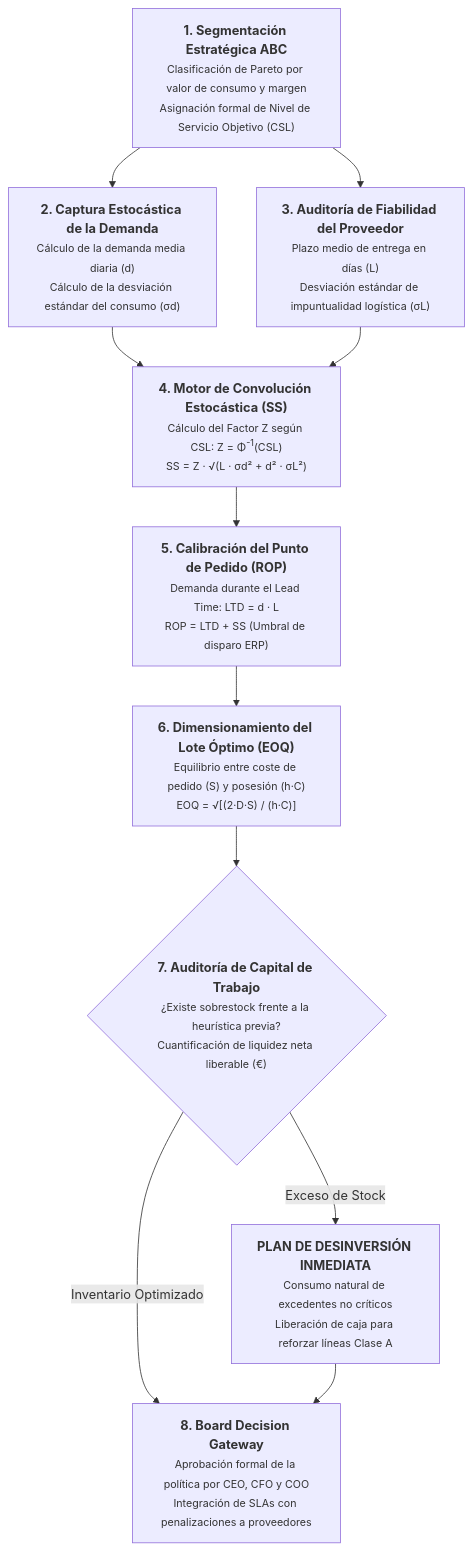
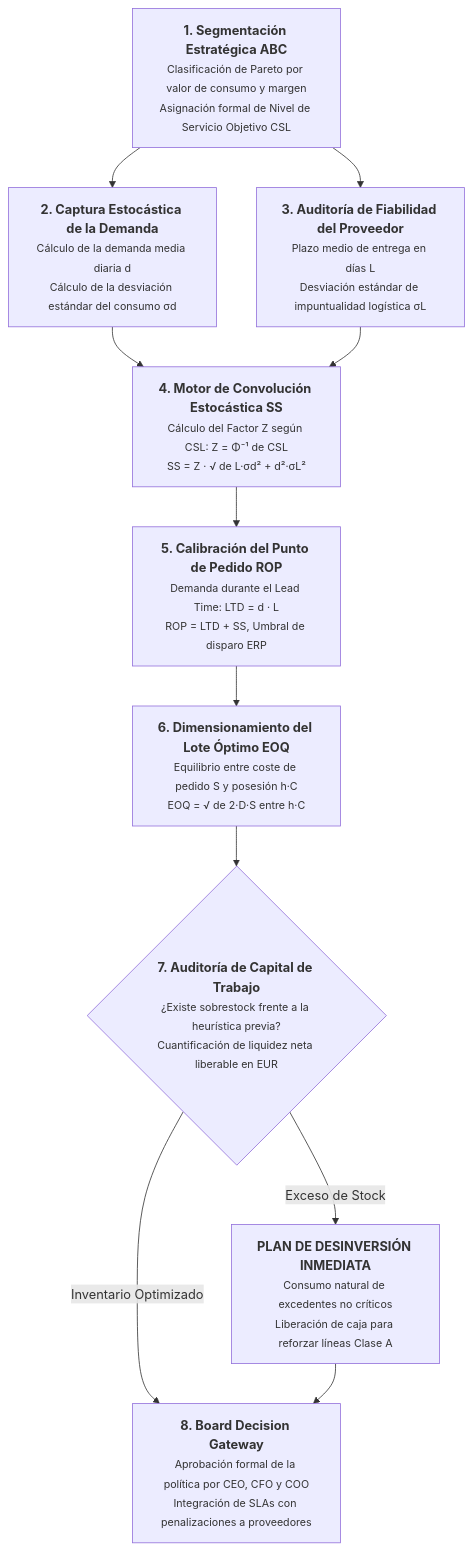
The second of 3 diagrams in content/es/posts/calculadora-stock-seguridad-rop/index.md (Dalaez/datalaria-website), drawn with Mermaid before and after one commit. The commit also changed other lines of this file and 14 other files, not shown here.

Commit message:
feat(content): stage Safety Stock & ROP launch (2026-11-26) with Brevo waves & Suite 03 cross-links

```diff
--- a/content/es/posts/calculadora-stock-seguridad-rop/index.md
+++ b/content/es/posts/calculadora-stock-seguridad-rop/index.md
@@ -39,31 +137,31 @@
 {{< mermaid >}}
 flowchart TD
-    A["<b>1. Segmentación Estratégica ABC</b><br/><small>Clasificación de Pareto por valor de consumo y margen<br/>Asignación formal de Nivel de Servicio Objetivo (CSL)</small>"]
+    A["<b>1. Segmentación Estratégica ABC</b><br/><small>Clasificación de Pareto por valor de consumo y margen<br/>Asignación formal de Nivel de Servicio Objetivo CSL</small>"]
     
-    B["<b>2. Captura Estocástica de la Demanda</b><br/><small>Cálculo de la demanda media diaria (d)<br/>Cálculo de la desviación estándar del consumo (σd)</small>"]
+    B["<b>2. Captura Estocástica de la Demanda</b><br/><small>Cálculo de la demanda media diaria d<br/>Cálculo de la desviación estándar del consumo σd</small>"]
     
-    C["<b>3. Auditoría de Fiabilidad del Proveedor</b><br/><small>Plazo medio de entrega en días (L)<br/>Desviación estándar de impuntualidad logística (σL)</small>"]
+    C["<b>3. Auditoría de Fiabilidad del Proveedor</b><br/><small>Plazo medio de entrega en días L<br/>Desviación estándar de impuntualidad logística σL</small>"]
     
-    D["<b>4. Motor de Convolución Estocástica (SS)</b><br/><small>Cálculo del Factor Z según CSL: Z = Φ<sup>-1</sup>(CSL)<br/>SS = Z · √(L · σd² + d² · σL²)</small>"]
+    D["<b>4. Motor de Convolución Estocástica SS</b><br/><small>Cálculo del Factor Z según CSL: Z = Φ⁻¹ de CSL<br/>SS = Z · √ de L·σd² + d²·σL²</small>"]
     
-    E["<b>5. Calibración del Punto de Pedido (ROP)</b><br/><small>Demanda durante el Lead Time: LTD = d · L<br/>ROP = LTD + SS (Umbral de disparo ERP)</small>"]
+    E["<b>5. Calibración del Punto de Pedido ROP</b><br/><small>Demanda durante el Lead Time: LTD = d · L<br/>ROP = LTD + SS, Umbral de disparo ERP</small>"]
     
-    F["<b>6. Dimensionamiento del Lote Óptimo (EOQ)</b><br/><small>Equilibrio entre coste de pedido (S) y posesión (h·C)<br/>EOQ = √[(2·D·S) / (h·C)]</small>"]
+    F["<b>6. Dimensionamiento del Lote Óptimo EOQ</b><br/><small>Equilibrio entre coste de pedido S y posesión h·C<br/>EOQ = √ de 2·D·S entre h·C</small>"]
     
-    G{"<b>7. Auditoría de Capital de Trabajo</b><br/><small>¿Existe sobrestock frente a la heurística previa?<br/>Cuantificación de liquidez neta liberable (€)</small>"}
+    G{"<b>7. Auditoría de Capital de Trabajo</b><br/><small>¿Existe sobrestock frente a la heurística previa?<br/>Cuantificación de liquidez neta liberable en EUR</small>"}
     
     H["<b>PLAN DE DESINVERSIÓN INMEDIATA</b><br/><small>Consumo natural de excedentes no críticos<br/>Liberación de caja para reforzar líneas Clase A</small>"]
     
     I["<b>8. Board Decision Gateway</b><br/><small>Aprobación formal de la política por CEO, CFO y COO<br/>Integración de SLAs con penalizaciones a proveedores</small>"]
 
     A --> B
     A --> C
     B --> D
     C --> D
     D --> E
     E --> F
     F --> G
-    G -->|Exceso de Stock| H
-    G -->|Inventario Optimizado| I
+    G -->|"Exceso de Stock"| H
+    G -->|"Inventario Optimizado"| I
     H --> I
 {{< /mermaid >}}
```
